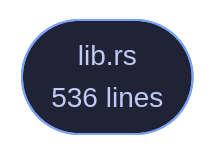
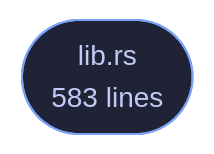
One commit to tilas01/veilvoice changed the diagram in crates/veilvoice-update/README.md. Above: the diagram before and after it, drawn with Mermaid. The commit also changed other lines of this file and 28 other files, not shown here.

````diff
--- a/crates/veilvoice-update/README.md
+++ b/crates/veilvoice-update/README.md
@@ -107,6 +107,6 @@
 ```mermaid
 %%{init: {"theme":"base","themeVariables":{"background":"#1a1b26","primaryColor":"#1f2335","primaryTextColor":"#c0caf5","primaryBorderColor":"#7aa2f7","secondaryColor":"#16161e","tertiaryColor":"#16161e","lineColor":"#737aa2","textColor":"#c0caf5","mainBkg":"#1f2335","nodeBorder":"#7aa2f7","clusterBkg":"#16161e","clusterBorder":"#2f3549","fontFamily":"ui-monospace, SFMono-Regular, Consolas, monospace","fontSize":"14px"}}}%%
 flowchart TD
-    n_lib(["lib.rs<br/>536 lines"])
+    n_lib(["lib.rs<br/>583 lines"])
     click n_lib href "https://github.com/tilas01/veilvoice/blob/main/crates/veilvoice-update/src/lib.rs" "open the source"
 ```
````
